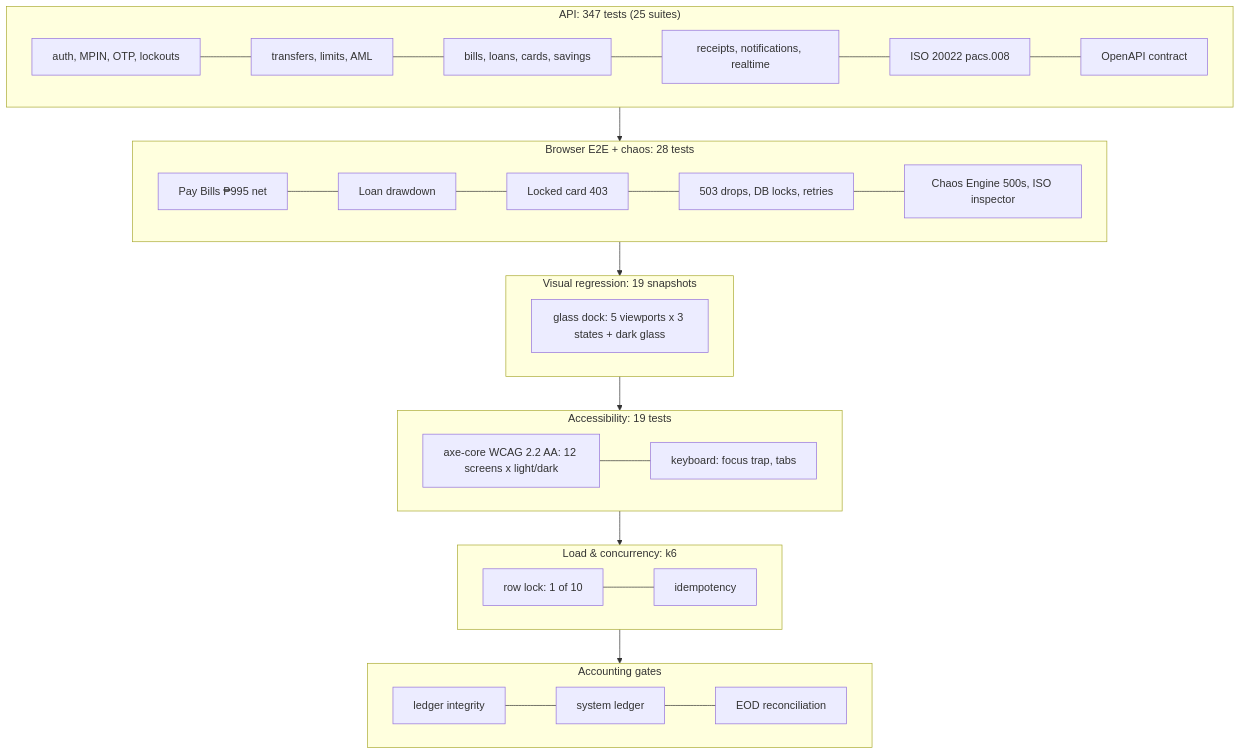
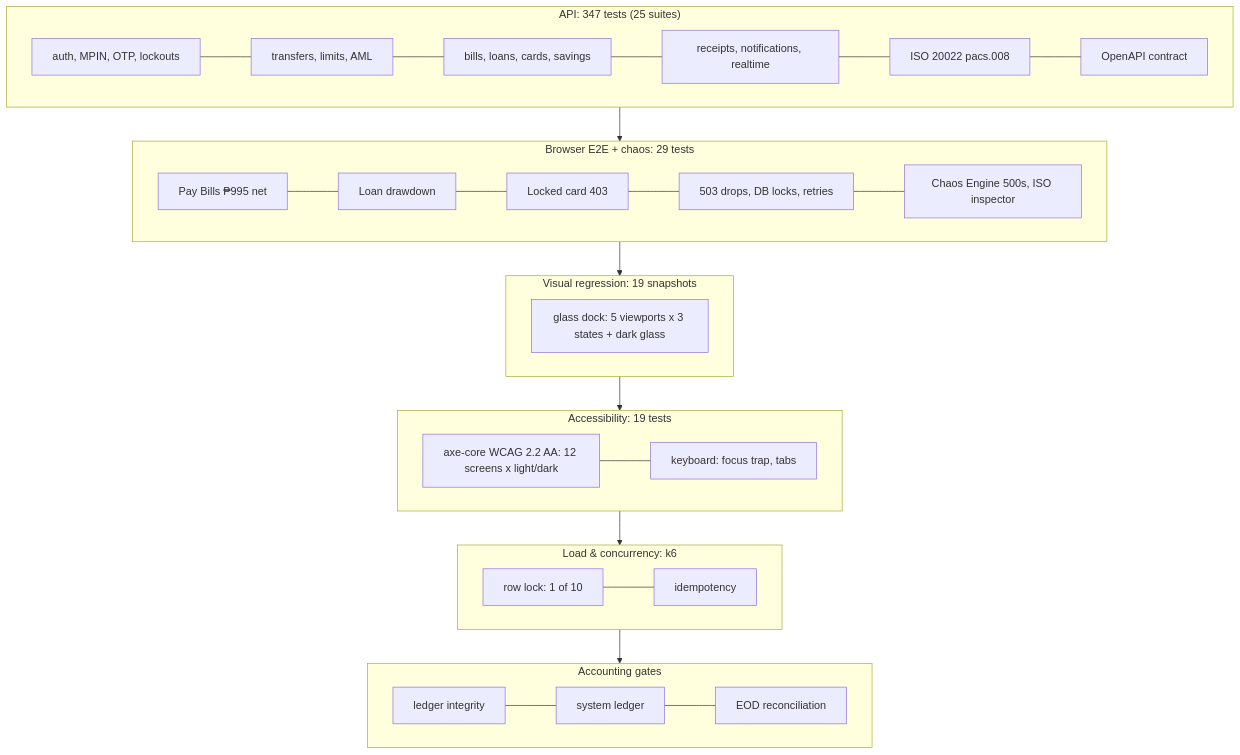
Before and after one commit to brylleopada77/PayPulse: the first of 3 diagrams in README.md, drawn with Mermaid. The commit also changed other lines of this file and 10 other files, not shown here.

````diff
--- a/README.md
+++ b/README.md
@@ -52,24 +52,24 @@
 ```mermaid
 flowchart TB
   subgraph L1["API: 347 tests (25 suites)"]
     a1[auth, MPIN, OTP, lockouts] --- a2[transfers, limits, AML]
     a2 --- a3[bills, loans, cards, savings]
     a3 --- a4[receipts, notifications, realtime] --- a5[ISO 20022 pacs.008] --- a6[OpenAPI contract]
   end
-  subgraph L2["Browser E2E + chaos: 28 tests"]
+  subgraph L2["Browser E2E + chaos: 29 tests"]
     b1[Pay Bills ₱995 net] --- b2[Loan drawdown] --- b3[Locked card 403] --- b4[503 drops, DB locks, retries] --- b5[Chaos Engine 500s, ISO inspector]
   end
   subgraph L3["Visual regression: 19 snapshots"]
     v1[glass dock: 5 viewports x 3 states + dark glass]
   end
   subgraph L3b["Accessibility: 19 tests"]
     x1[axe-core WCAG 2.2 AA: 12 screens x light/dark] --- x2[keyboard: focus trap, tabs]
   end
   subgraph L4["Load & concurrency: k6"]
     k1[row lock: 1 of 10] --- k2[idempotency]
   end
   subgraph L5["Accounting gates"]
     g1[ledger integrity] --- g2[system ledger] --- g3[EOD reconciliation]
   end
   L1 --> L2 --> L3 --> L3b --> L4 --> L5
 ```
````
